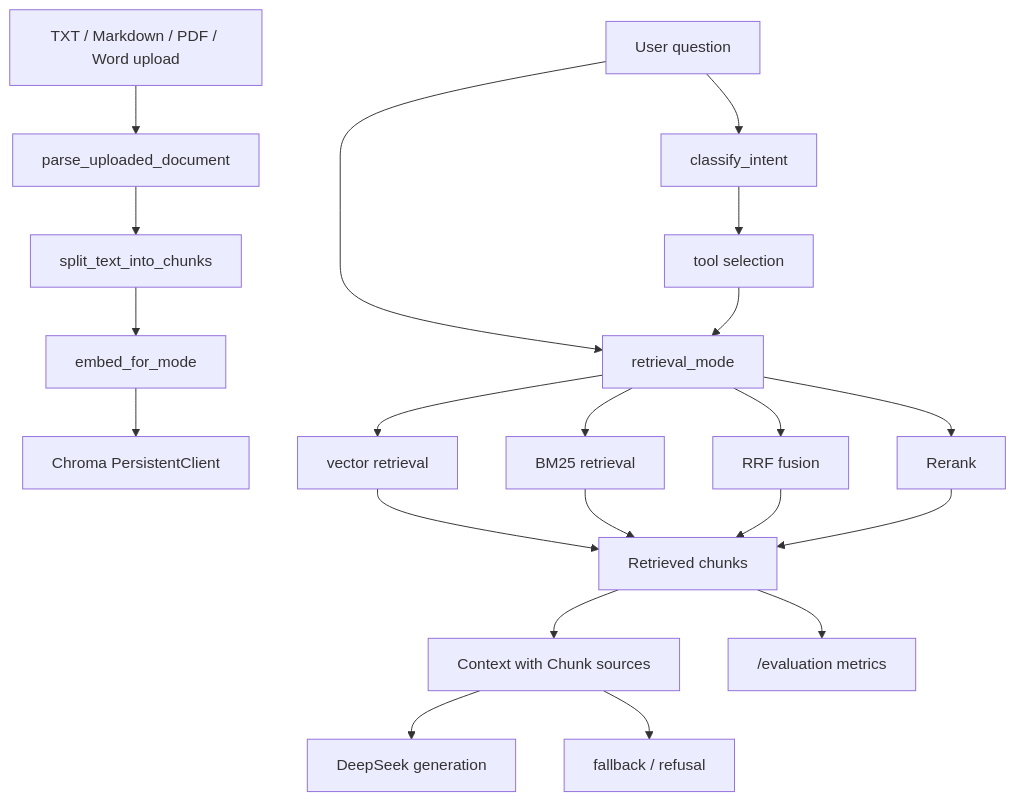
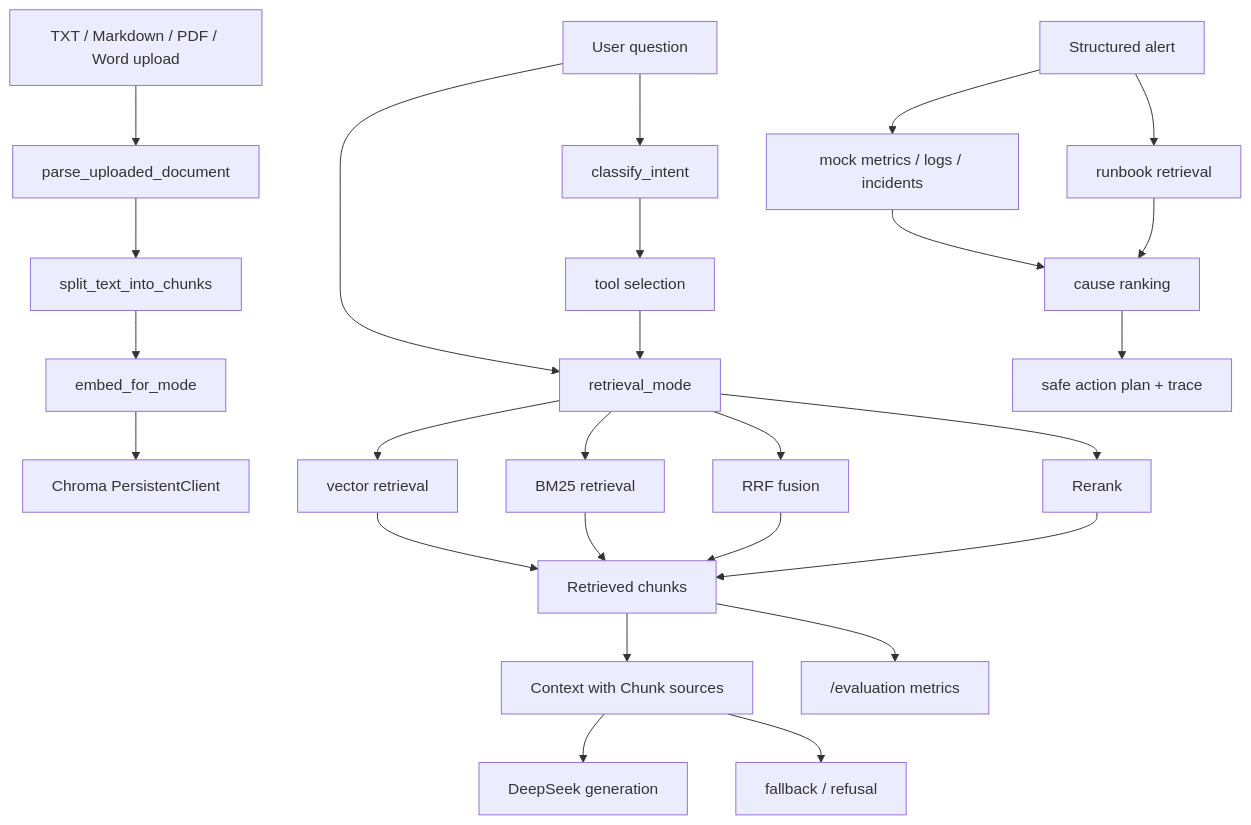
The diagram in ARCHITECTURE.md (P1nkAndWh1te/DocuAsk-RAG-), drawn with Mermaid before and after one commit. The commit also changed other lines of this file and 14 other files, not shown here.

````diff
--- a/ARCHITECTURE.md
+++ b/ARCHITECTURE.md
@@ -52,23 +54,28 @@
 ```mermaid
 flowchart TD
     A["TXT / Markdown / PDF / Word upload"] --> N["parse_uploaded_document"]
     N --> B["split_text_into_chunks"]
     B --> C["embed_for_mode"]
     C --> D["Chroma PersistentClient"]
     E["User question"] --> F["retrieval_mode"]
     E --> A1["classify_intent"]
     A1 --> A2["tool selection"]
     A2 --> F
     F --> G["vector retrieval"]
     F --> H["BM25 retrieval"]
     F --> I["RRF fusion"]
     F --> R["Rerank"]
     G --> J["Retrieved chunks"]
     H --> J
     I --> J
     R --> J
     J --> K["Context with Chunk sources"]
     K --> L["DeepSeek generation"]
     K --> A3["fallback / refusal"]
     J --> M["/evaluation metrics"]
+    O1["Structured alert"] --> O2["mock metrics / logs / incidents"]
+    O1 --> O3["runbook retrieval"]
+    O2 --> O4["cause ranking"]
+    O3 --> O4
+    O4 --> O5["safe action plan + trace"]
 ```
````
